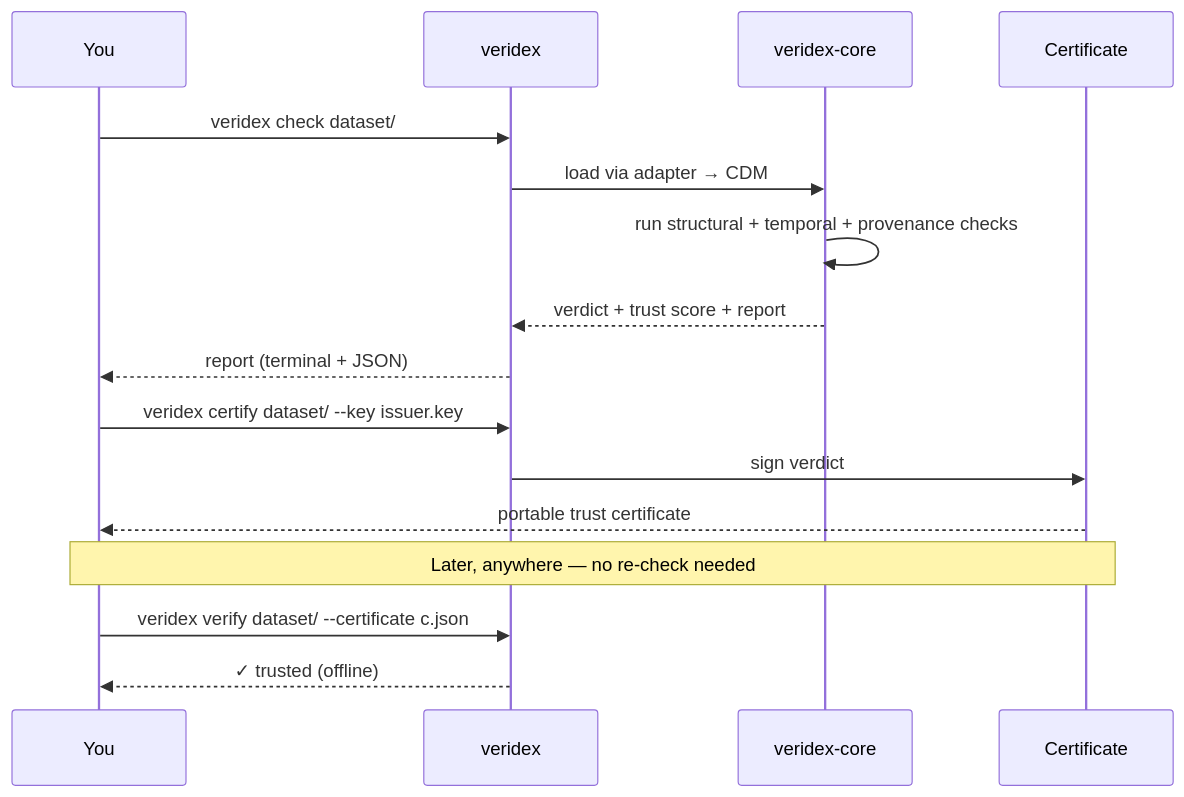
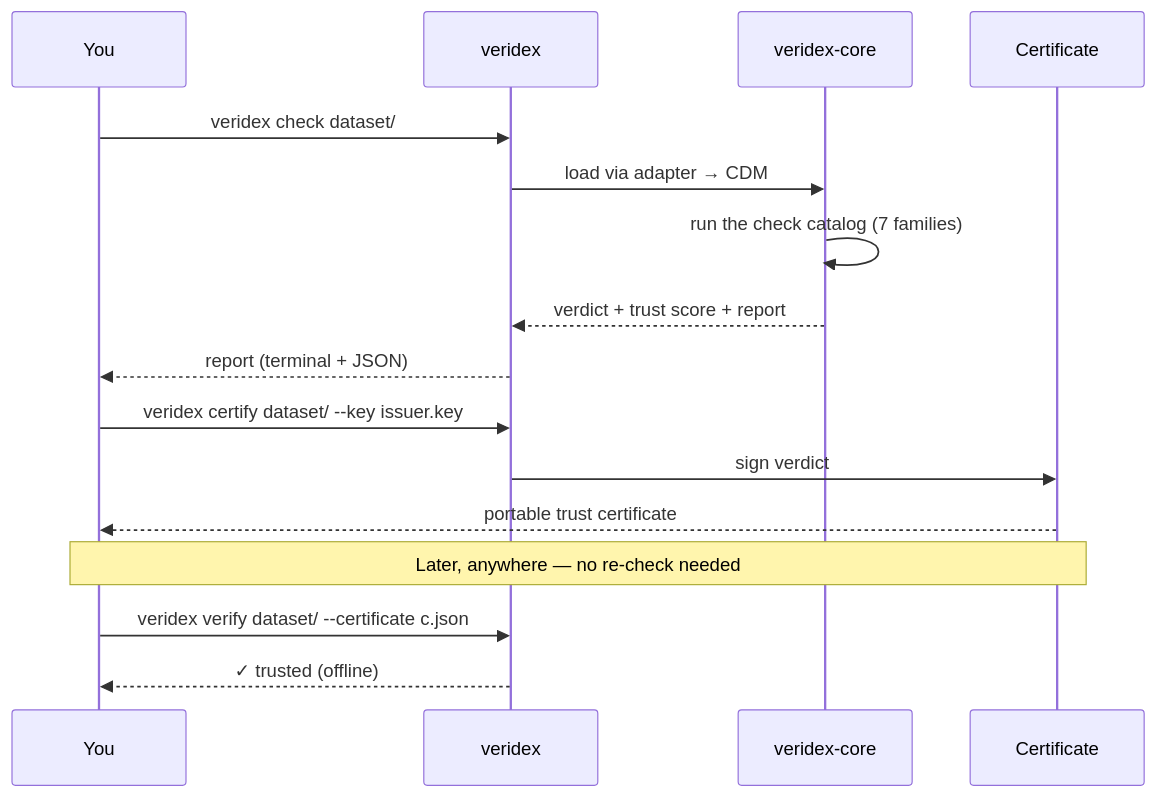
One commit to clay-good/veridex changed the second of 2 diagrams in README.md. Above: the diagram before and after it, drawn with Mermaid. The commit also changed other lines of this file and 3 other files, not shown here.

First line of the commit message:
docs(readme): the engine diagram named three of seven check families

````diff
--- a/README.md
+++ b/README.md
@@ -98,21 +98,21 @@
 ```mermaid
 sequenceDiagram
     participant You
     participant CLI as veridex
     participant Core as veridex-core
     participant Cert as Certificate
 
     You->>CLI: veridex check dataset/
     CLI->>Core: load via adapter → CDM
-    Core->>Core: run structural + temporal + provenance checks
+    Core->>Core: run the check catalog (7 families)
     Core-->>CLI: verdict + trust score + report
     CLI-->>You: report (terminal + JSON)
 
     You->>CLI: veridex certify dataset/ --key issuer.key
     CLI->>Cert: sign verdict
     Cert-->>You: portable trust certificate
 
     Note over You,Cert: Later, anywhere — no re-check needed
     You->>CLI: veridex verify dataset/ --certificate c.json
     CLI-->>You: ✓ trusted (offline)
 ```
````
